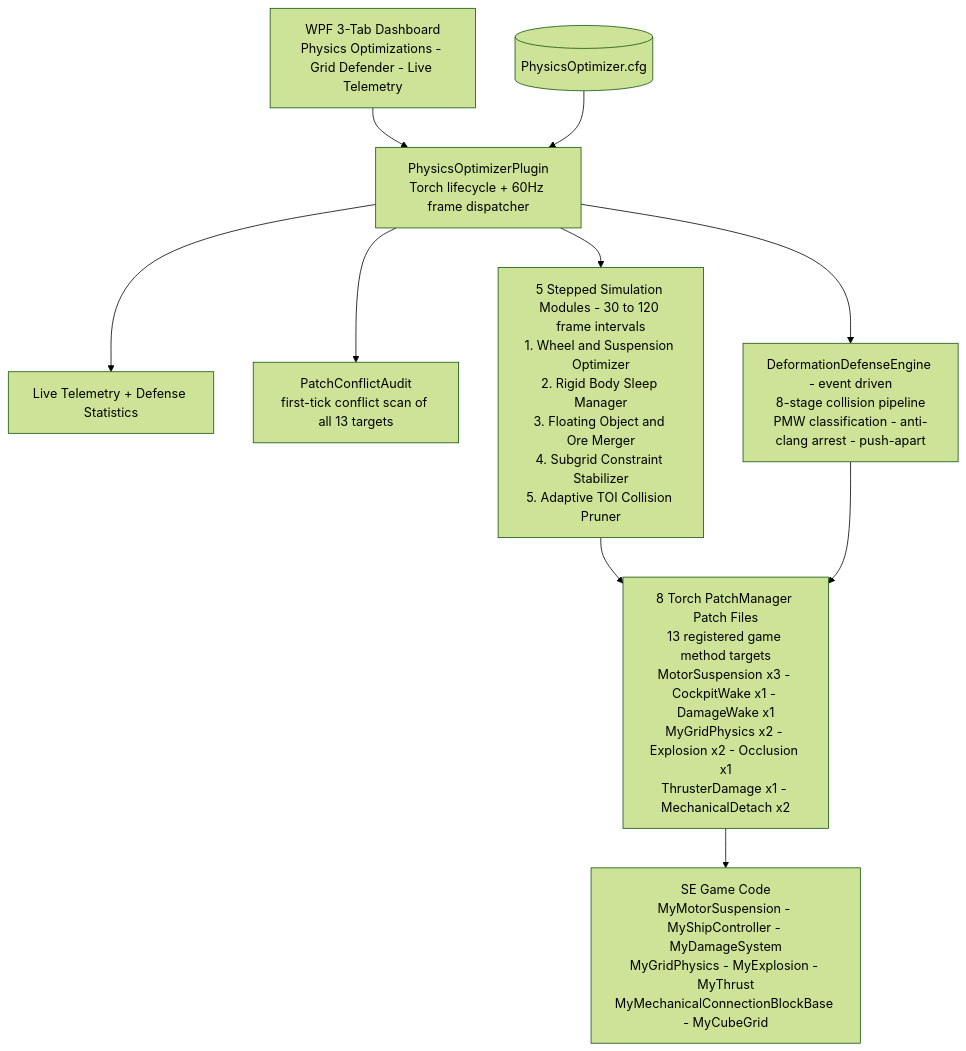
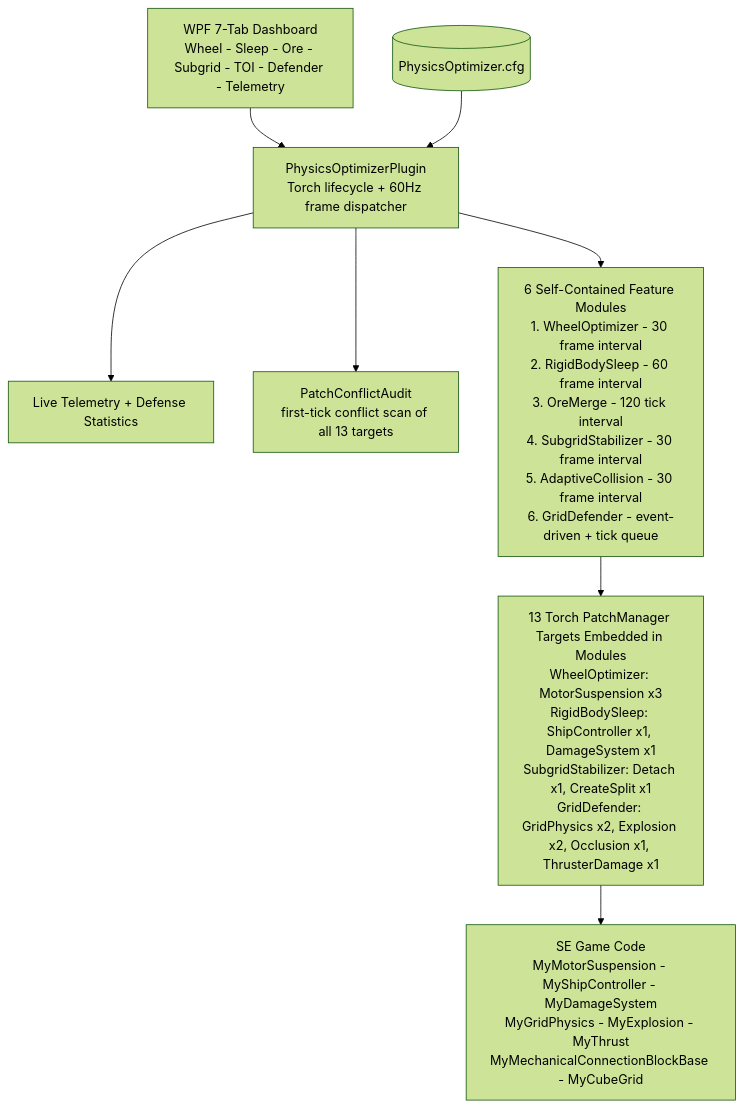
The diagram in README.md (GV-Server-Mods/PhysicsOptimizations), drawn with Mermaid (forest theme) before and after one commit. The commit also changed other lines of this file and 7 other files, not shown here.

````diff
--- a/README.md
+++ b/README.md
@@ -37,16 +37,13 @@
 ```mermaid
 graph TD
-    UI[WPF 3-Tab Dashboard<br/>Physics Optimizations - Grid Defender - Live Telemetry] --> Plugin
+    UI[WPF 7-Tab Dashboard<br/>Wheel - Sleep - Ore - Subgrid - TOI - Defender - Telemetry] --> Plugin
     CFG[(PhysicsOptimizer.cfg)] --> Plugin
     Plugin[PhysicsOptimizerPlugin<br/>Torch lifecycle + 60Hz frame dispatcher] --> Tel[Live Telemetry + Defense Statistics]
     Plugin --> Audit[PatchConflictAudit<br/>first-tick conflict scan of all 13 targets]
 
-    Plugin --> Modules[5 Stepped Simulation Modules - 30 to 120 frame intervals<br/>1. Wheel and Suspension Optimizer<br/>2. Rigid Body Sleep Manager<br/>3. Floating Object and Ore Merger<br/>4. Subgrid Constraint Stabilizer<br/>5. Adaptive TOI Collision Pruner]
+    Plugin --> Modules[6 Self-Contained Feature Modules<br/>1. WheelOptimizer - 30 frame interval<br/>2. RigidBodySleep - 60 frame interval<br/>3. OreMerge - 120 tick interval<br/>4. SubgridStabilizer - 30 frame interval<br/>5. AdaptiveCollision - 30 frame interval<br/>6. GridDefender - event-driven + tick queue]
 
-    Plugin --> Engine[DeformationDefenseEngine - event driven<br/>8-stage collision pipeline<br/>PMW classification - anti-clang arrest - push-apart]
-
-    Modules --> Patches[8 Torch PatchManager Patch Files<br/>13 registered game method targets<br/>MotorSuspension x3 - CockpitWake x1 - DamageWake x1<br/>MyGridPhysics x2 - Explosion x2 - Occlusion x1<br/>ThrusterDamage x1 - MechanicalDetach x2]
-    Engine --> Patches
+    Modules --> Patches[13 Torch PatchManager Targets Embedded in Modules<br/>WheelOptimizer: MotorSuspension x3<br/>RigidBodySleep: ShipController x1, DamageSystem x1<br/>SubgridStabilizer: Detach x1, CreateSplit x1<br/>GridDefender: GridPhysics x2, Explosion x2, Occlusion x1, ThrusterDamage x1]
 
     Patches --> Game[SE Game Code<br/>MyMotorSuspension - MyShipController - MyDamageSystem<br/>MyGridPhysics - MyExplosion - MyThrust<br/>MyMechanicalConnectionBlockBase - MyCubeGrid]
 ```
````
